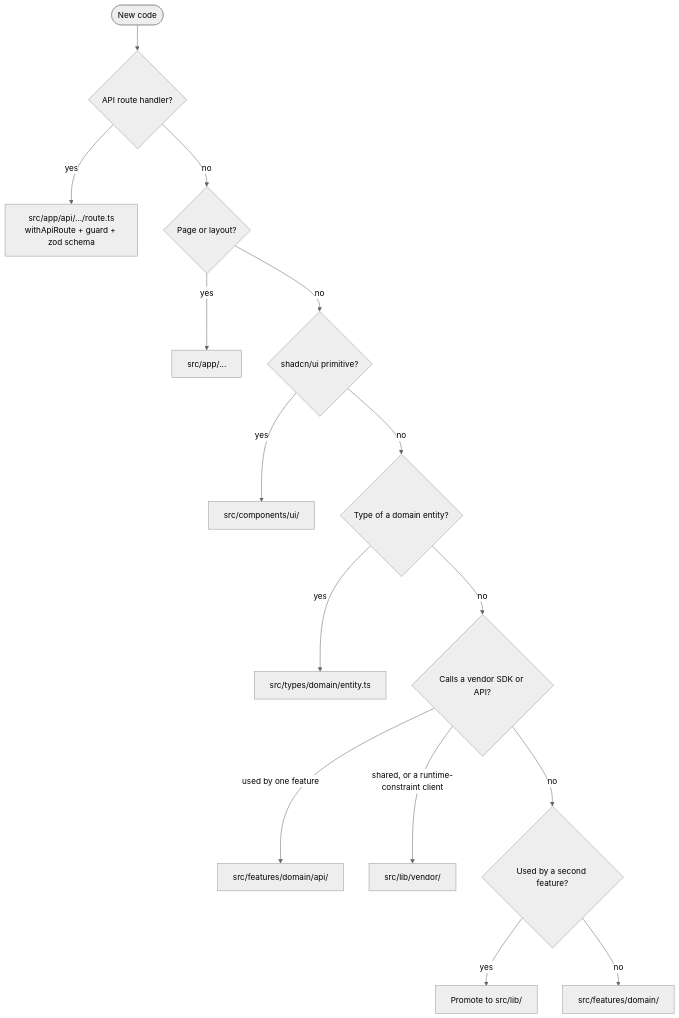
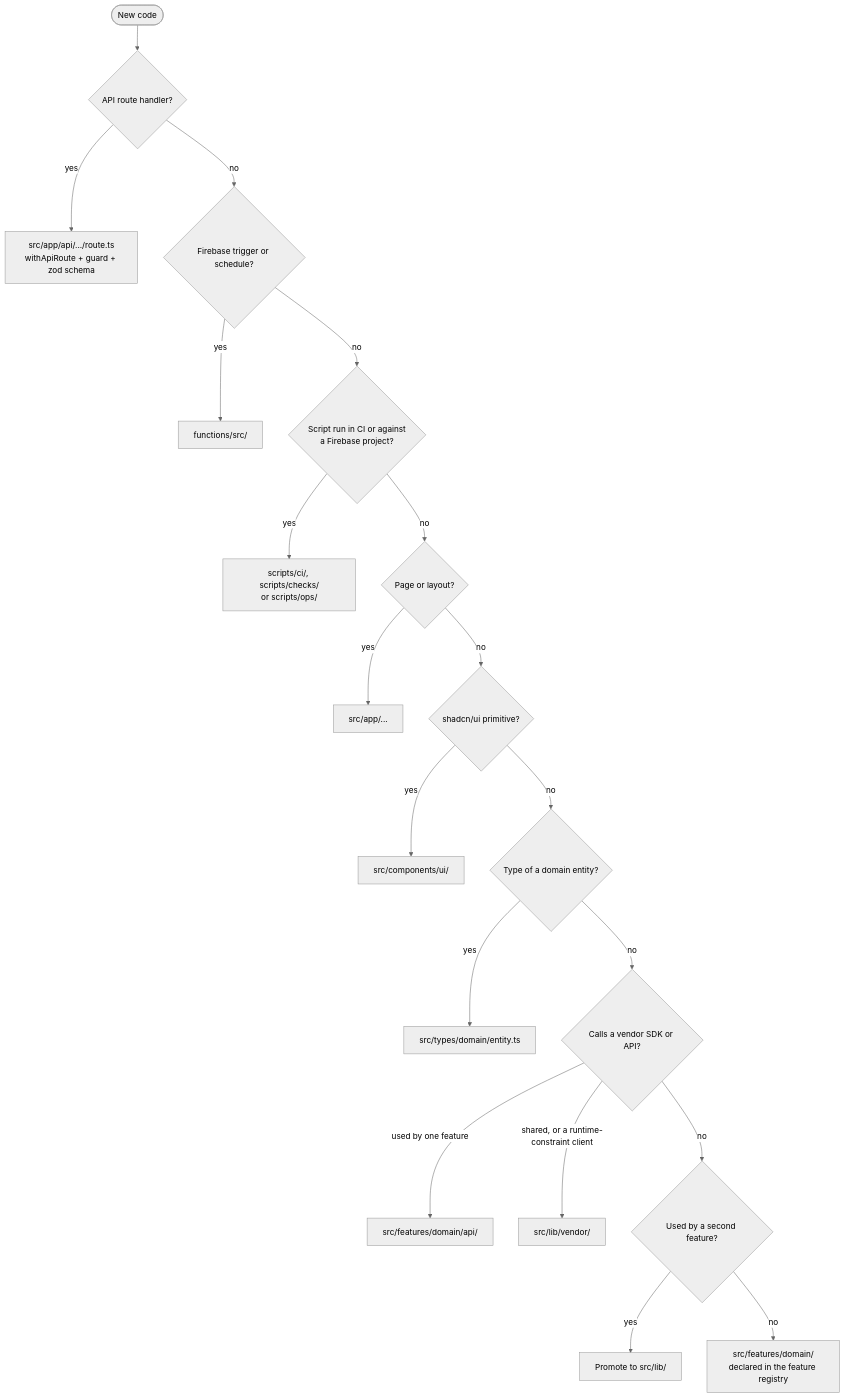
One commit to Improve-To-Grow/MUSUBI changed the diagram in src/templates/shared/steering/structure.md. Above: the diagram before and after it, drawn with Mermaid (neutral theme). The commit also changed other lines of this file and 57 other files, not shown here.

````diff
--- a/src/templates/shared/steering/structure.md
+++ b/src/templates/shared/steering/structure.md
@@ -48,17 +54,21 @@
 ```mermaid
 flowchart TD
     C([New code]) --> R{API route handler?}
     R -- yes --> API[src/app/api/.../route.ts<br/>withApiRoute + guard + zod schema]
-    R -- no --> PG{Page or layout?}
+    R -- no --> FT{Firebase trigger or schedule?}
+    FT -- yes --> FNS[functions/src/]
+    FT -- no --> SC{Script run in CI or against<br/>a Firebase project?}
+    SC -- yes --> SCR[scripts/ci/, scripts/checks/<br/>or scripts/ops/]
+    SC -- no --> PG{Page or layout?}
     PG -- yes --> APP[src/app/...]
     PG -- no --> UI{shadcn/ui primitive?}
     UI -- yes --> CUI[src/components/ui/]
     UI -- no --> TY{Type of a domain entity?}
     TY -- yes --> TYP[src/types/domain/entity.ts]
     TY -- no --> VEN{Calls a vendor SDK or API?}
     VEN -- "used by one feature" --> FAPI[src/features/domain/api/]
     VEN -- "shared, or a runtime-constraint client" --> LV[src/lib/vendor/]
     VEN -- no --> SH{Used by a second feature?}
     SH -- yes --> LIB[Promote to src/lib/]
-    SH -- no --> FEAT[src/features/domain/]
+    SH -- no --> FEAT[src/features/domain/<br/>declared in the feature registry]
 ```
````
